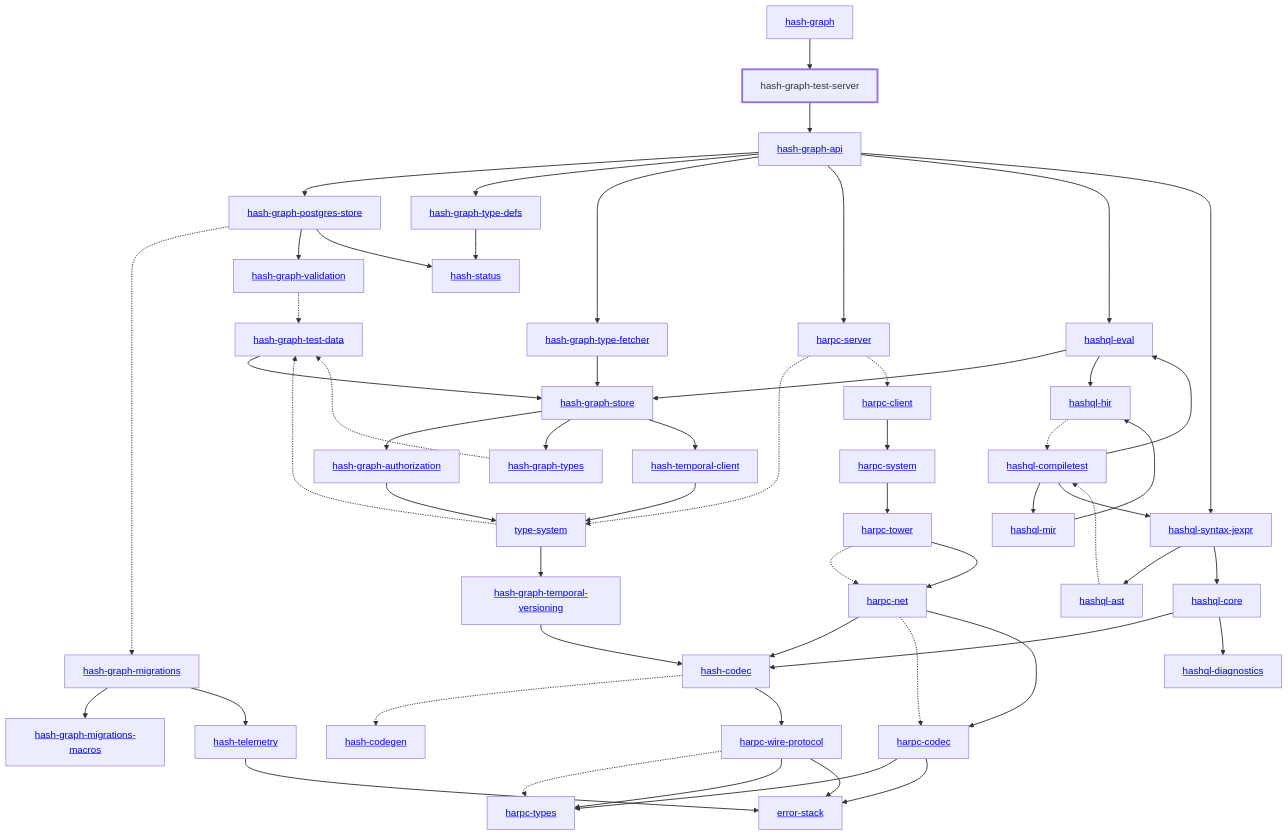
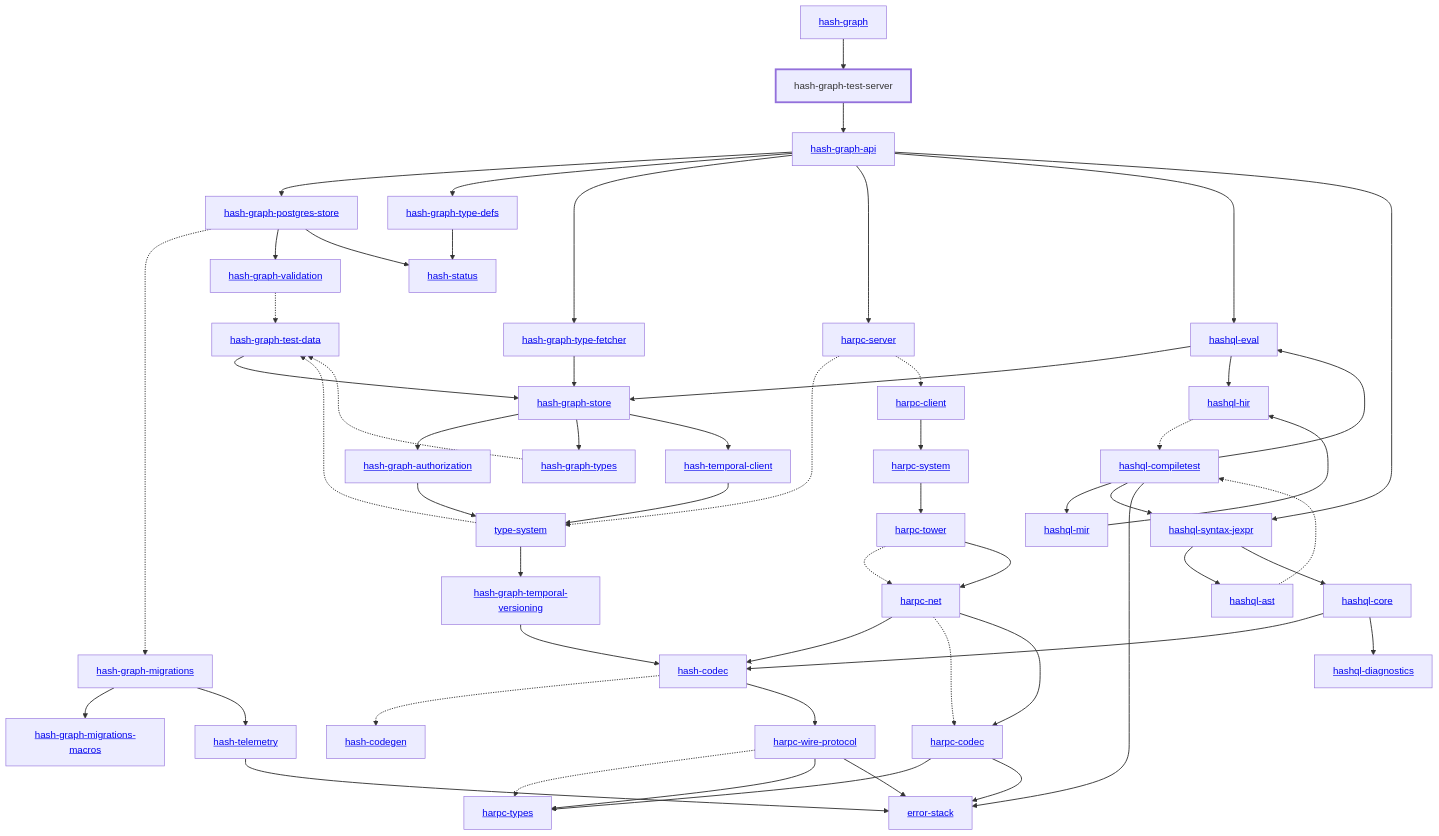
The diagram in libs/@local/graph/test-server/docs/dependency-diagram.mmd (hashintel/hash), drawn with Mermaid before and after one commit. The commit also changed 18 other files, not shown here.

```diff
--- a/libs/@local/graph/test-server/docs/dependency-diagram.mmd
+++ b/libs/@local/graph/test-server/docs/dependency-diagram.mmd
@@ -1,103 +1,104 @@
 graph TD
     linkStyle default stroke-width:1.5px
     classDef default stroke-width:1px
     classDef root stroke-width:3px
     classDef dev stroke-width:1px
     classDef build stroke-width:1px
     %% Legend
     %% --> : Normal dependency
     %% -.-> : Dev dependency
     %% ---> : Build dependency
     0[<a href="../hash_graph/index.html">hash-graph</a>]
     1[<a href="../type_system/index.html">type-system</a>]
     2[<a href="../hash_codec/index.html">hash-codec</a>]
     3[<a href="../hash_codegen/index.html">hash-codegen</a>]
     4[<a href="../hash_graph_api/index.html">hash-graph-api</a>]
     5[<a href="../hash_graph_authorization/index.html">hash-graph-authorization</a>]
     6[<a href="../hash_graph_migrations/index.html">hash-graph-migrations</a>]
     7[<a href="../hash_graph_migrations_macros/index.html">hash-graph-migrations-macros</a>]
     8[<a href="../hash_graph_postgres_store/index.html">hash-graph-postgres-store</a>]
     9[<a href="../hash_graph_store/index.html">hash-graph-store</a>]
     10[<a href="../hash_graph_temporal_versioning/index.html">hash-graph-temporal-versioning</a>]
     11[hash-graph-test-server]
     class 11 root
     12[<a href="../hash_graph_type_defs/index.html">hash-graph-type-defs</a>]
     13[<a href="../hash_graph_type_fetcher/index.html">hash-graph-type-fetcher</a>]
     14[<a href="../hash_graph_types/index.html">hash-graph-types</a>]
     15[<a href="../hash_graph_validation/index.html">hash-graph-validation</a>]
     16[<a href="../harpc_client/index.html">harpc-client</a>]
     17[<a href="../harpc_codec/index.html">harpc-codec</a>]
     18[<a href="../harpc_net/index.html">harpc-net</a>]
     19[<a href="../harpc_server/index.html">harpc-server</a>]
     20[<a href="../harpc_system/index.html">harpc-system</a>]
     21[<a href="../harpc_tower/index.html">harpc-tower</a>]
     22[<a href="../harpc_types/index.html">harpc-types</a>]
     23[<a href="../harpc_wire_protocol/index.html">harpc-wire-protocol</a>]
     24[<a href="../hashql_ast/index.html">hashql-ast</a>]
     25[<a href="../hashql_compiletest/index.html">hashql-compiletest</a>]
     26[<a href="../hashql_core/index.html">hashql-core</a>]
     27[<a href="../hashql_diagnostics/index.html">hashql-diagnostics</a>]
     28[<a href="../hashql_eval/index.html">hashql-eval</a>]
     29[<a href="../hashql_hir/index.html">hashql-hir</a>]
     30[<a href="../hashql_mir/index.html">hashql-mir</a>]
     31[<a href="../hashql_syntax_jexpr/index.html">hashql-syntax-jexpr</a>]
     32[<a href="../hash_status/index.html">hash-status</a>]
     33[<a href="../hash_telemetry/index.html">hash-telemetry</a>]
     34[<a href="../hash_temporal_client/index.html">hash-temporal-client</a>]
     35[<a href="../error_stack/index.html">error-stack</a>]
     36[<a href="../hash_graph_test_data/index.html">hash-graph-test-data</a>]
     0 --> 11
     1 --> 10
     1 -.-> 36
     2 -.-> 3
     2 --> 23
     4 --> 8
     4 --> 12
     4 --> 13
     4 --> 19
     4 --> 28
     4 --> 31
     5 --> 1
     6 --> 7
     6 --> 33
     8 -.-> 6
     8 --> 15
     8 --> 32
     9 --> 5
     9 --> 14
     9 --> 34
     10 --> 2
     11 --> 4
     12 --> 32
     13 --> 9
     14 -.-> 36
     15 -.-> 36
     16 --> 20
     17 --> 22
     17 --> 35
     18 --> 2
     18 -.-> 17
     18 --> 17
     19 -.-> 1
     19 -.-> 16
     20 --> 21
     21 -.-> 18
     21 --> 18
     23 -.-> 22
     23 --> 22
     23 --> 35
     24 -.-> 25
     25 --> 28
     25 --> 30
     25 --> 31
+    25 --> 35
     26 --> 2
     26 --> 27
     28 --> 9
     28 --> 29
     29 -.-> 25
     30 --> 29
     31 --> 24
     31 --> 26
     33 --> 35
     34 --> 1
     36 --> 9
```
